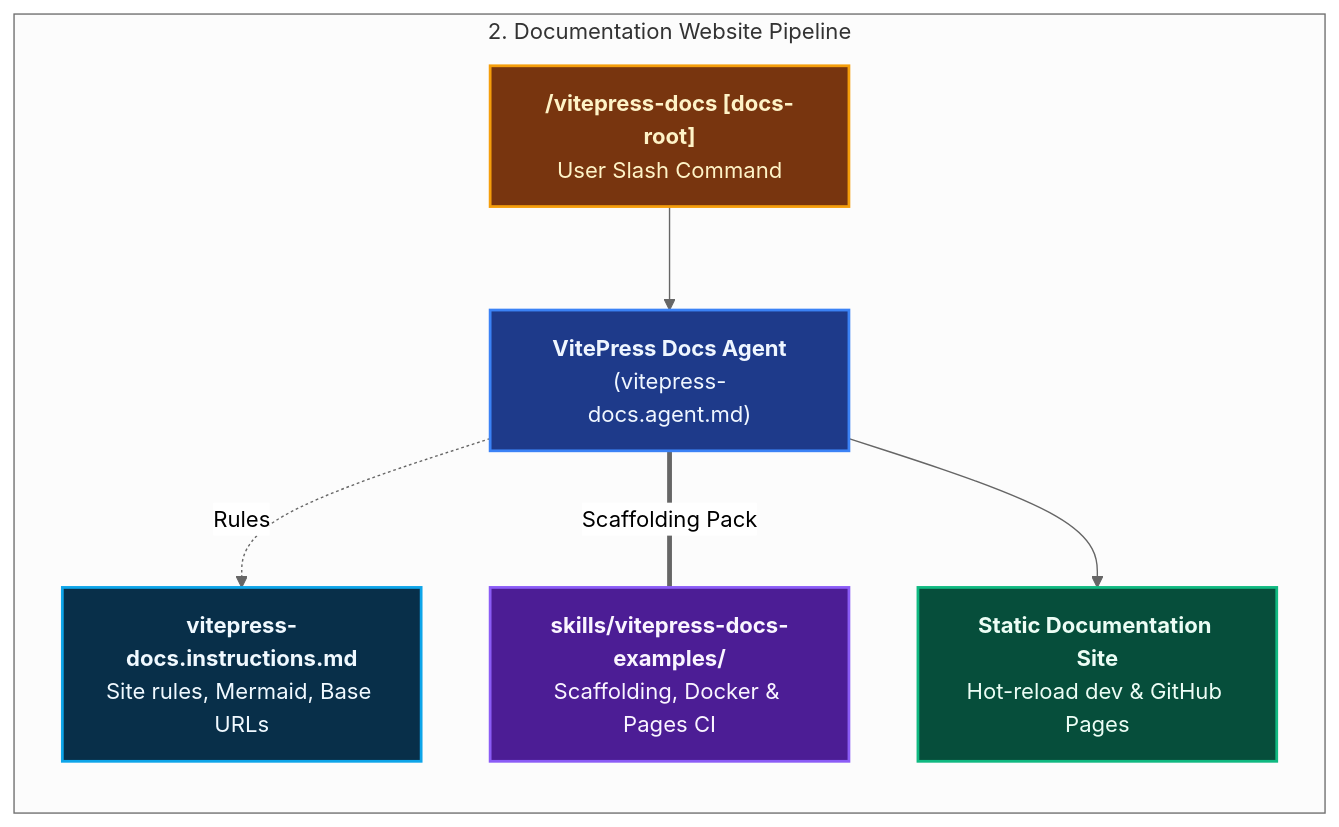
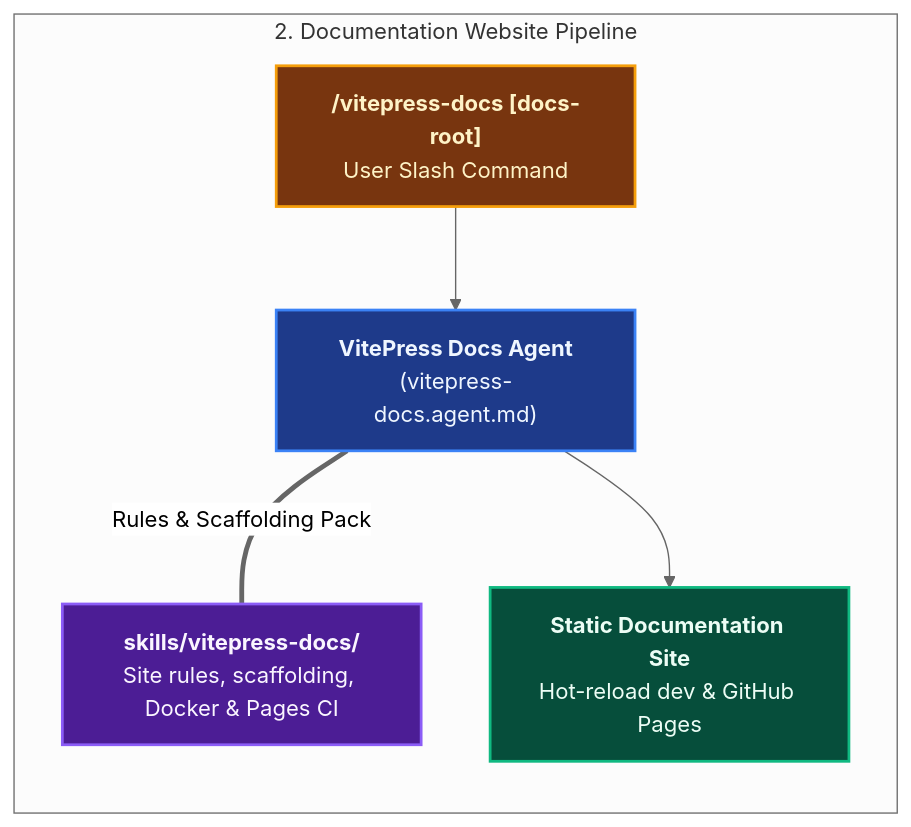
Before and after one commit to ALTEN-group/coding-pal: the second of 2 diagrams in website/docs/guide/domain-docs.md, drawn with Mermaid (neutral theme). The commit also changed other lines of this file and 173 other files, not shown here.

````diff
--- a/website/docs/guide/domain-docs.md
+++ b/website/docs/guide/domain-docs.md
@@ -43,31 +43,27 @@
 ```mermaid
 ---
 caption: Documentation Website Pipeline (vitepress-docs)
 ---
 flowchart TD
     subgraph DocsTrack ["2. Documentation Website Pipeline"]
         direction TB
         P_DOCS["<b>/vitepress-docs [docs-root]</b><br/>User Slash Command"]
         AG_DOCS["<b>VitePress Docs Agent</b><br/>(vitepress-docs.agent.md)"]
-        INST_DOCS["<b>vitepress-docs.instructions.md</b><br/>Site rules, Mermaid, Base URLs"]
-        SKILL_DOCS["<b>skills/vitepress-docs-examples/</b><br/>Scaffolding, Docker & Pages CI"]
+        SKILL_DOCS["<b>skills/vitepress-docs/</b><br/>Site rules, scaffolding, Docker & Pages CI"]
         SITE_OUT["<b>Static Documentation Site</b><br/>Hot-reload dev & GitHub Pages"]
 
         P_DOCS --> AG_DOCS
-        AG_DOCS -.->|Rules| INST_DOCS
-        AG_DOCS ===|Scaffolding Pack| SKILL_DOCS
+        AG_DOCS ===|Rules & Scaffolding Pack| SKILL_DOCS
         AG_DOCS --> SITE_OUT
     end
 
     classDef prompt fill:#78350f,stroke:#f59e0b,stroke-width:2px,color:#fef3c7;
     classDef agent fill:#1e3a8a,stroke:#3b82f6,stroke-width:2px,color:#eff6ff;
-    classDef instruction fill:#082f49,stroke:#0ea5e9,stroke-width:2px,color:#f0f9ff;
     classDef skill fill:#4c1d95,stroke:#8b5cf6,stroke-width:2px,color:#faf5ff;
     classDef verify fill:#064e3b,stroke:#10b981,stroke-width:2px,color:#ecfdf5;
 
     class P_DOCS prompt;
     class AG_DOCS agent;
-    class INST_DOCS instruction;
     class SKILL_DOCS skill;
     class SITE_OUT verify;
 ```
````
